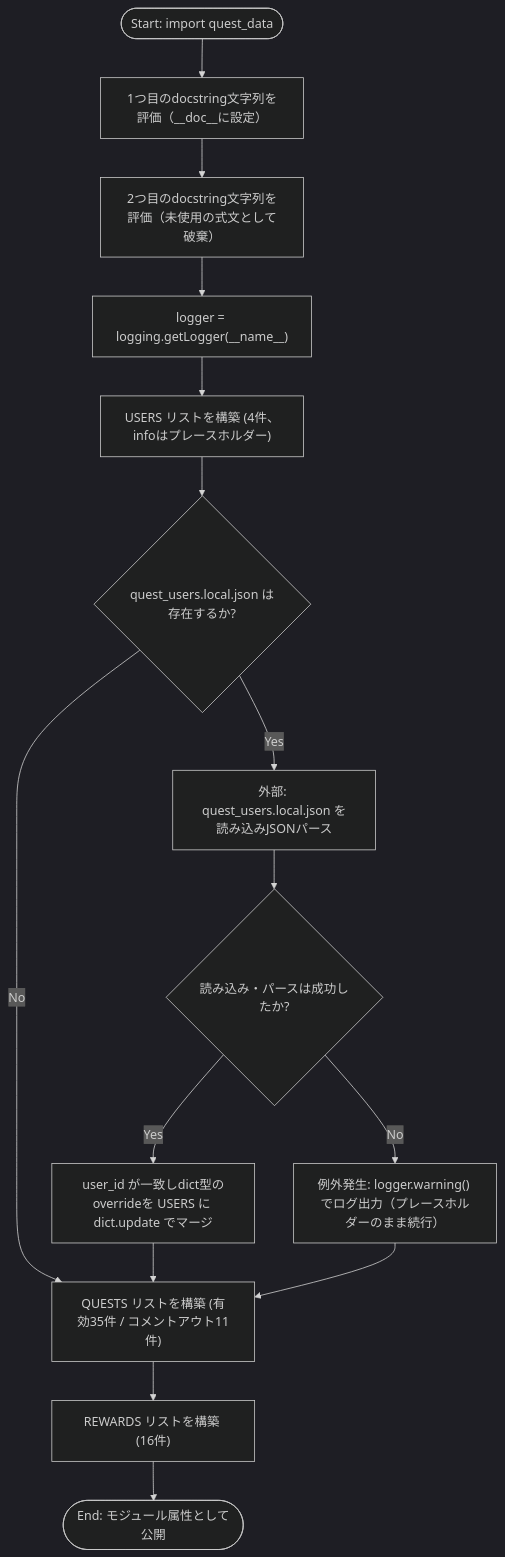
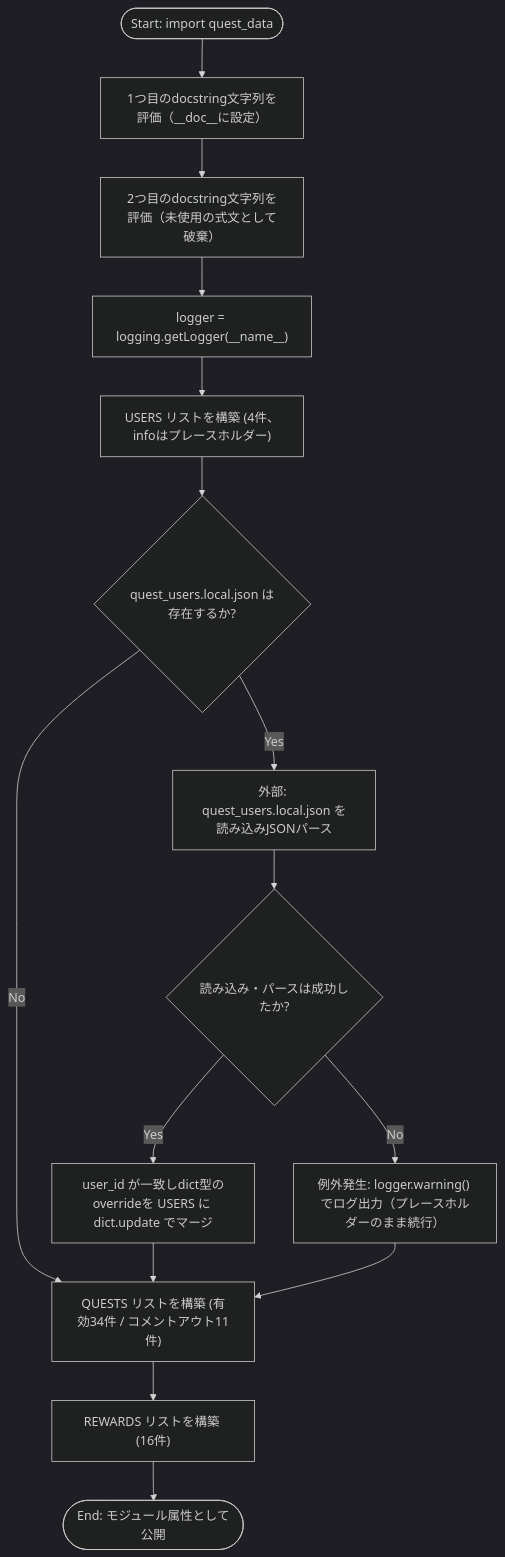
Before and after one commit to mmtigers/my_python_project: the first of 2 diagrams in docs/specifications/MY_HOME_SYSTEM/quest_data.md, drawn with Mermaid (dark theme). The commit also changed other lines of this file and 32 other files, not shown here.

````diff
--- a/docs/specifications/MY_HOME_SYSTEM/quest_data.md
+++ b/docs/specifications/MY_HOME_SYSTEM/quest_data.md
@@ -201,17 +201,17 @@
 ```mermaid
 flowchart TD
     Start(["Start: import quest_data"]) --> Doc1["1つ目のdocstring文字列を評価（__doc__に設定）"]
     Doc1 --> Doc2["2つ目のdocstring文字列を評価（未使用の式文として破棄）"]
     Doc2 --> InitLogger["logger = logging.getLogger(__name__)"]
     InitLogger --> BuildUsers["USERS リストを構築 (4件、infoはプレースホルダー)"]
     BuildUsers --> CheckLocal{"quest_users.local.json は存在するか?"}
-    CheckLocal -- No --> BuildQuests["QUESTS リストを構築 (有効35件 / コメントアウト11件)"]
+    CheckLocal -- No --> BuildQuests["QUESTS リストを構築 (有効34件 / コメントアウト11件)"]
     CheckLocal -- Yes --> LoadLocal["外部: quest_users.local.json を読み込みJSONパース"]
     LoadLocal --> MergeCheck{"読み込み・パースは成功したか?"}
     MergeCheck -- Yes --> MergeUsers["user_id が一致しdict型のoverrideを USERS に dict.update でマージ"]
     MergeCheck -- No --> LogWarn["例外発生: logger.warning() でログ出力（プレースホルダーのまま続行）"]
     MergeUsers --> BuildQuests
     LogWarn --> BuildQuests
     BuildQuests --> BuildRewards["REWARDS リストを構築 (16件)"]
     BuildRewards --> End(["End: モジュール属性として公開"])
 ```
````
